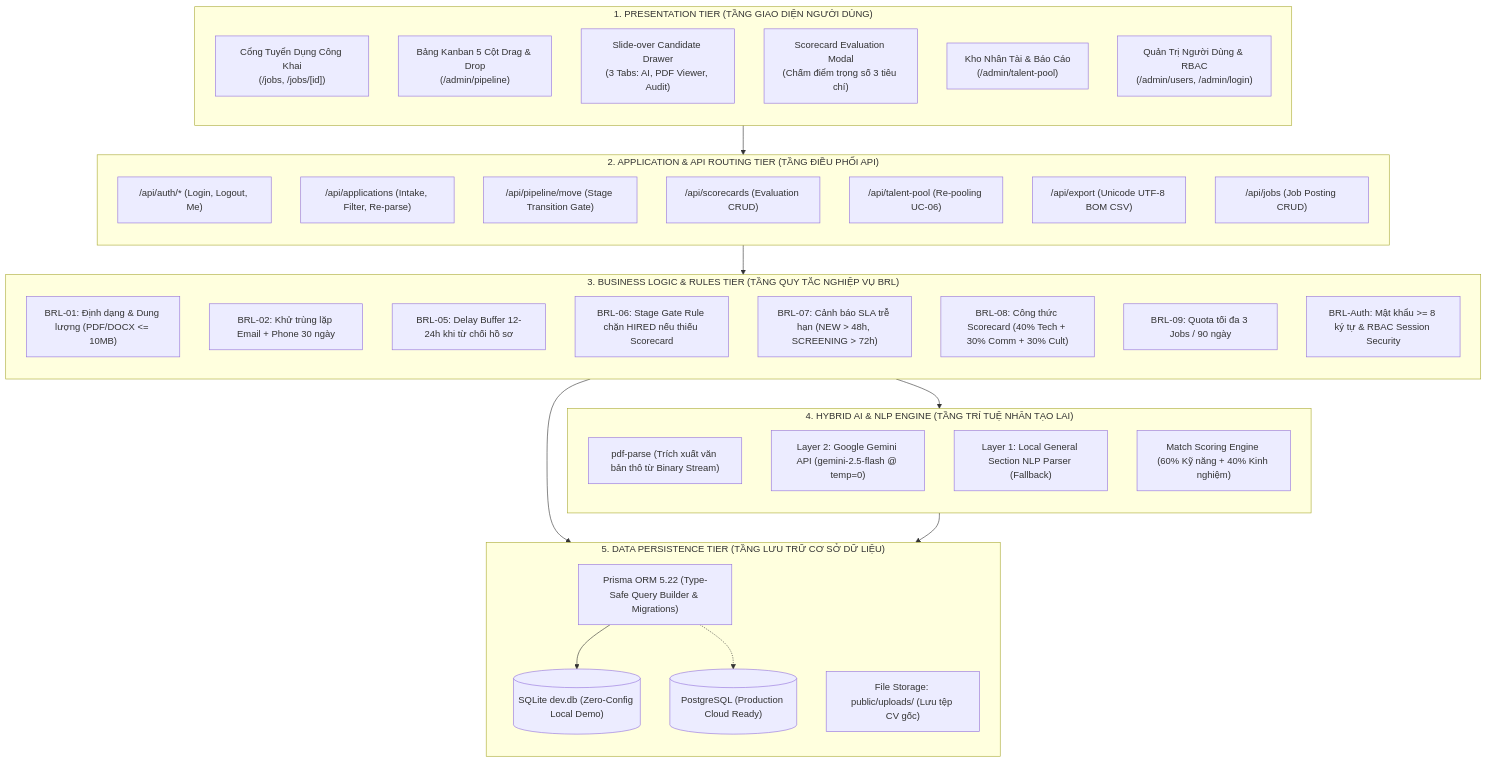
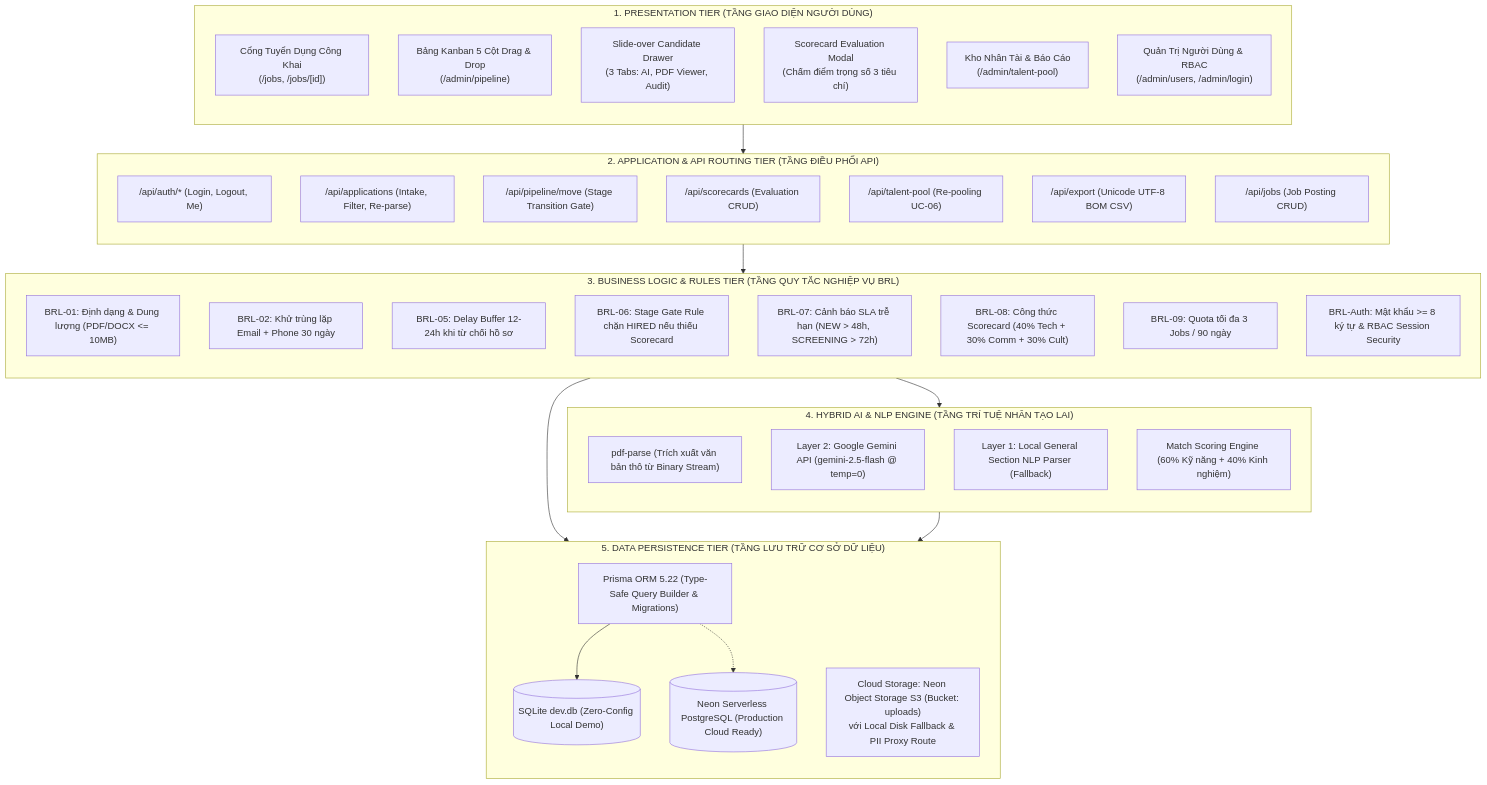
Before and after one commit to TheBigMouse-Fstack/ats-applicant_tracking_system: the first of 3 diagrams in docs/dev-context/13_System_Architecture_and_Technology_Stack.md, drawn with Mermaid. The commit also changed 7 other files, not shown here.

Commit message:
feat: complete comprehensive White/Black-box testing suite (161/161 tests PASS), Neon Object Storage PII proxy, and Staging readiness guide

````diff
--- a/docs/dev-context/13_System_Architecture_and_Technology_Stack.md
+++ b/docs/dev-context/13_System_Architecture_and_Technology_Stack.md
@@ -44,59 +44,59 @@
 ```mermaid
 flowchart TB
     subgraph CLIENT_TIER ["1. PRESENTATION TIER (TẦNG GIAO DIỆN NGƯỜI DÙNG)"]
         direction TB
         C1["Cổng Tuyển Dụng Công Khai<br>(/jobs, /jobs/[id])"]
         C2["Bảng Kanban 5 Cột Drag & Drop<br>(/admin/pipeline)"]
         C3["Slide-over Candidate Drawer<br>(3 Tabs: AI, PDF Viewer, Audit)"]
         C4["Scorecard Evaluation Modal<br>(Chấm điểm trọng số 3 tiêu chí)"]
         C5["Kho Nhân Tài & Báo Cáo<br>(/admin/talent-pool)"]
         C6["Quản Trị Người Dùng & RBAC<br>(/admin/users, /admin/login)"]
     end
 
     subgraph API_TIER ["2. APPLICATION & API ROUTING TIER (TẦNG ĐIỀU PHỐI API)"]
         direction TB
         A1["/api/auth/* (Login, Logout, Me)"]
         A2["/api/applications (Intake, Filter, Re-parse)"]
         A3["/api/pipeline/move (Stage Transition Gate)"]
         A4["/api/scorecards (Evaluation CRUD)"]
         A5["/api/talent-pool (Re-pooling UC-06)"]
         A6["/api/export (Unicode UTF-8 BOM CSV)"]
         A7["/api/jobs (Job Posting CRUD)"]
     end
 
     subgraph DOMAIN_TIER ["3. BUSINESS LOGIC & RULES TIER (TẦNG QUY TẮC NGHIỆP VỤ BRL)"]
         direction TB
         B1["BRL-01: Định dạng & Dung lượng (PDF/DOCX <= 10MB)"]
         B2["BRL-02: Khử trùng lặp Email + Phone 30 ngày"]
         B3["BRL-05: Delay Buffer 12-24h khi từ chối hồ sơ"]
         B4["BRL-06: Stage Gate Rule chặn HIRED nếu thiếu Scorecard"]
         B5["BRL-07: Cảnh báo SLA trễ hạn (NEW > 48h, SCREENING > 72h)"]
         B6["BRL-08: Công thức Scorecard (40% Tech + 30% Comm + 30% Cult)"]
         B7["BRL-09: Quota tối đa 3 Jobs / 90 ngày"]
         B8["BRL-Auth: Mật khẩu >= 8 ký tự & RBAC Session Security"]
     end
 
     subgraph AI_TIER ["4. HYBRID AI & NLP ENGINE (TẦNG TRÍ TUỆ NHÂN TẠO LAI)"]
         direction TB
         AI_PARSE["pdf-parse (Trích xuất văn bản thô từ Binary Stream)"]
         AI_L2["Layer 2: Google Gemini API (gemini-2.5-flash @ temp=0)"]
         AI_L1["Layer 1: Local General Section NLP Parser (Fallback)"]
         AI_SCORE["Match Scoring Engine (60% Kỹ năng + 40% Kinh nghiệm)"]
     end
 
     subgraph DATA_TIER ["5. DATA PERSISTENCE TIER (TẦNG LƯU TRỮ CƠ SỞ DỮ LIỆU)"]
         direction TB
         ORM["Prisma ORM 5.22 (Type-Safe Query Builder & Migrations)"]
         DB_DEV[("SQLite dev.db (Zero-Config Local Demo)")]
-        DB_PROD[("PostgreSQL (Production Cloud Ready)")]
-        FS["File Storage: public/uploads/ (Lưu tệp CV gốc)"]
+        DB_PROD[("Neon Serverless PostgreSQL (Production Cloud Ready)")]
+        FS["Cloud Storage: Neon Object Storage S3 (Bucket: uploads)<br>với Local Disk Fallback & PII Proxy Route"]
     end
 
     CLIENT_TIER --> API_TIER
     API_TIER --> DOMAIN_TIER
     DOMAIN_TIER --> AI_TIER
     DOMAIN_TIER --> DATA_TIER
     AI_TIER --> DATA_TIER
     ORM --> DB_DEV
     ORM -.-> DB_PROD
 ```
````
